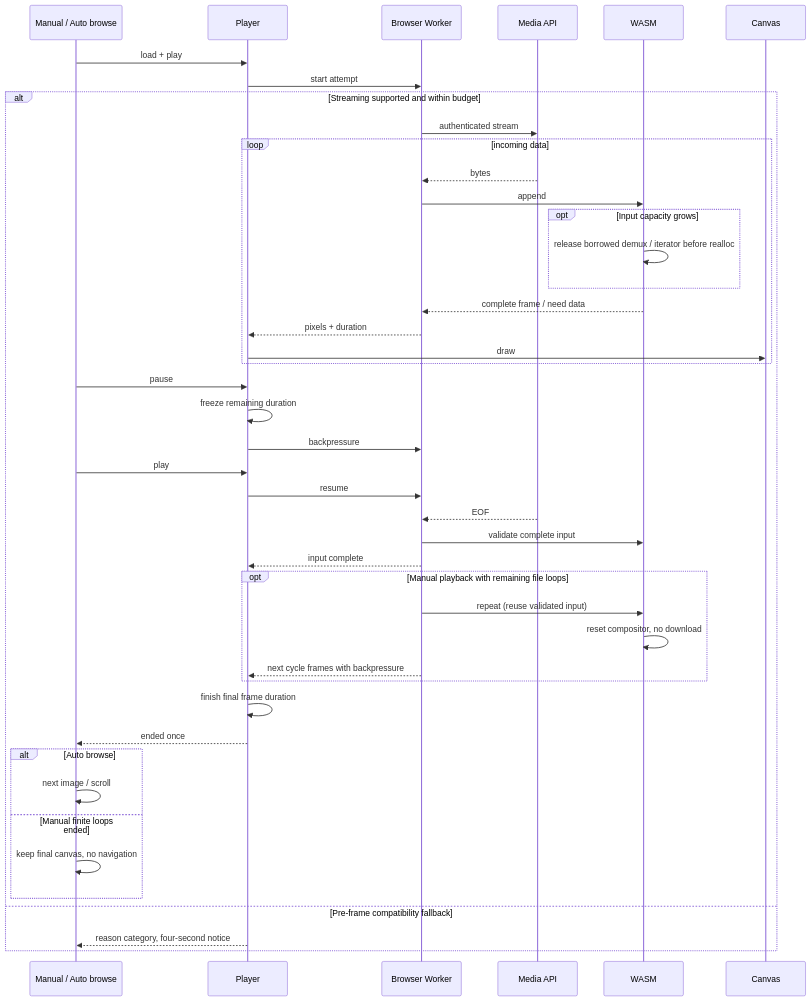
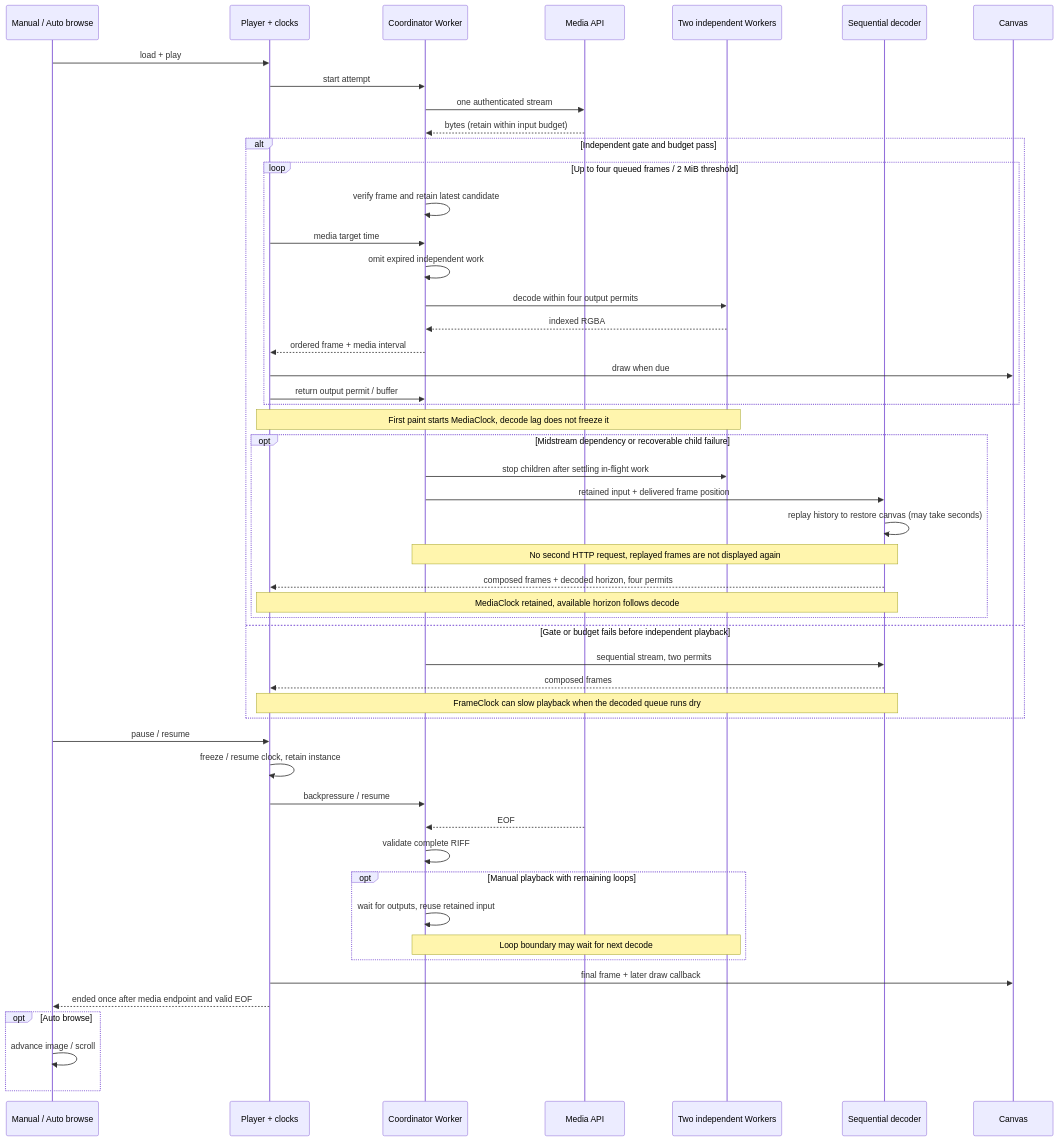
The diagram in docs/design/diagrams/webp-streaming-player/sequence.mmd (namehu/PixiShelf), drawn with Mermaid before and after one commit. The commit also changed 16 other files, not shown here.

```diff
--- a/docs/design/diagrams/webp-streaming-player/sequence.mmd
+++ b/docs/design/diagrams/webp-streaming-player/sequence.mmd
@@ -1,44 +1,51 @@
 sequenceDiagram
     participant A as Manual / Auto browse
-    participant P as Player
-    participant W as Browser Worker
+    participant P as Player + clocks
+    participant W as Coordinator Worker
     participant M as Media API
-    participant D as WASM
+    participant D as Two independent Workers
+    participant S as Sequential decoder
     participant C as Canvas
     A->>P: load + play
     P->>W: start attempt
-    alt Streaming supported and within budget
-    W->>M: authenticated stream
-    loop incoming data
-        M-->>W: bytes
-        W->>D: append
-        opt Input capacity grows
-            D->>D: release borrowed demux / iterator before realloc
+    W->>M: one authenticated stream
+    M-->>W: bytes (retain within input budget)
+    alt Independent gate and budget pass
+        loop Up to four queued frames / 2 MiB threshold
+            W->>W: verify frame and retain latest candidate
+            P->>W: media target time
+            W->>W: omit expired independent work
+            W->>D: decode within four output permits
+            D-->>W: indexed RGBA
+            W-->>P: ordered frame + media interval
+            P->>C: draw when due
+            P->>W: return output permit / buffer
         end
-        D-->>W: complete frame / need data
-        W-->>P: pixels + duration
-        P->>C: draw
+        Note over P,D: First paint starts MediaClock, decode lag does not freeze it
+        opt Midstream dependency or recoverable child failure
+            W->>D: stop children after settling in-flight work
+            W->>S: retained input + delivered frame position
+            S->>S: replay history to restore canvas (may take seconds)
+            Note over W,S: No second HTTP request, replayed frames are not displayed again
+            S-->>P: composed frames + decoded horizon, four permits
+            Note over P,S: MediaClock retained, available horizon follows decode
+        end
+    else Gate or budget fails before independent playback
+        W->>S: sequential stream, two permits
+        S-->>P: composed frames
+        Note over P,S: FrameClock can slow playback when the decoded queue runs dry
     end
-    A->>P: pause
-    P->>P: freeze remaining duration
-    P->>W: backpressure
-    A->>P: play
-    P->>W: resume
+    A->>P: pause / resume
+    P->>P: freeze / resume clock, retain instance
+    P->>W: backpressure / resume
     M-->>W: EOF
-    W->>D: validate complete input
-    W-->>P: input complete
-    opt Manual playback with remaining file loops
-        W->>D: repeat (reuse validated input)
-        D->>D: reset compositor, no download
-        W-->>P: next cycle frames with backpressure
+    W->>W: validate complete RIFF
+    opt Manual playback with remaining loops
+        W->>W: wait for outputs, reuse retained input
+        Note over W,D: Loop boundary may wait for next decode
     end
-    P->>P: finish final frame duration
-    P-->>A: ended once
-    alt Auto browse
-        A->>A: next image / scroll
-    else Manual finite loops ended
-        A->>A: keep final canvas, no navigation
+    P->>C: final frame + later draw callback
+    P-->>A: ended once after media endpoint and valid EOF
+    opt Auto browse
+        A->>A: advance image / scroll
     end
-    else Pre-frame compatibility fallback
-        P-->>A: reason category, four-second notice
-    end
```
